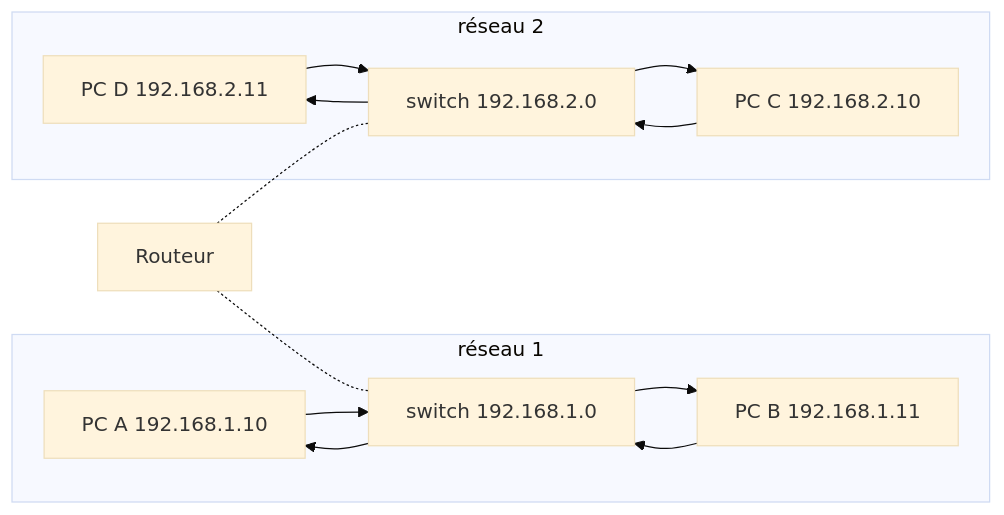
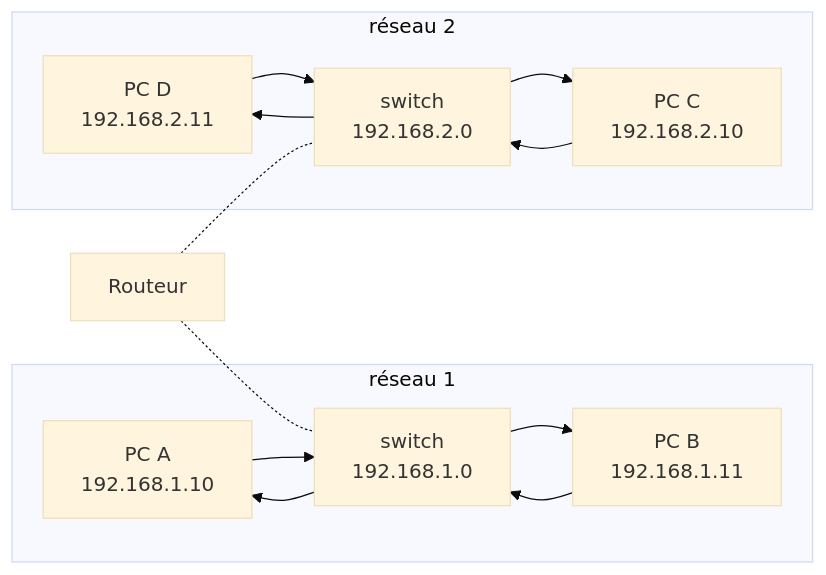
Before and after one commit to module-formation/formation-Deep-MLOps: the sixth of 13 diagrams in docs/devops/network.md, drawn with Mermaid (base theme). The commit also changed other lines of this file, not shown here.

````diff
--- a/docs/devops/network.md
+++ b/docs/devops/network.md
@@ -108,19 +108,19 @@
 ``` mermaid
 graph LR
   subgraph réseau 1
-  A[PC A 192.168.1.10] --> C[switch];
-  B[PC B 192.168.1.11] --> C[switch];
-  C[switch 192.168.1.0] --> B[PC B 192.168.1.11];
-  C[switch 192.168.1.0] --> A[PC A 192.168.1.10];
+  A[PC A <br/> 192.168.1.10] --> C[switch <br/> 192.168.1.0];
+  B[PC B <br/> 192.168.1.11] --> C[switch <br/> 192.168.1.0];
+  C[switch <br/> 192.168.1.0] --> B[PC B <br/> 192.168.1.11];
+  C[switch <br/> 192.168.1.0] --> A[PC A <br/> 192.168.1.10];
   end
 
   subgraph réseau 2
-  D[PC C 192.168.2.10] --> E[switch];
-  F[PC D 192.168.2.11] --> E[switch];
-  E[switch 192.168.2.0] --> D[PC D 192.168.2.11];
-  E[switch 192.168.2.0] --> F[PC C 192.168.2.10];
+  D[PC C <br/> 192.168.2.10] --> E[switch <br/> 192.168.2.0];
+  F[PC D <br/> 192.168.2.11] --> E[switch <br/> 192.168.2.0];
+  E[switch <br/> 192.168.2.0] --> D[PC D <br/> 192.168.2.11];
+  E[switch <br/> 192.168.2.0] --> F[PC C <br/> 192.168.2.10];
   end
 
-  G[Routeur]-.-C[switch 192.168.1.0];
-  G[Routeur]-.-E[switch 192.168.2.0];
+  G[Routeur]-.-C[switch <br/> 192.168.1.0];
+  G[Routeur]-.-E[switch <br/> 192.168.2.0];
 ```
````
